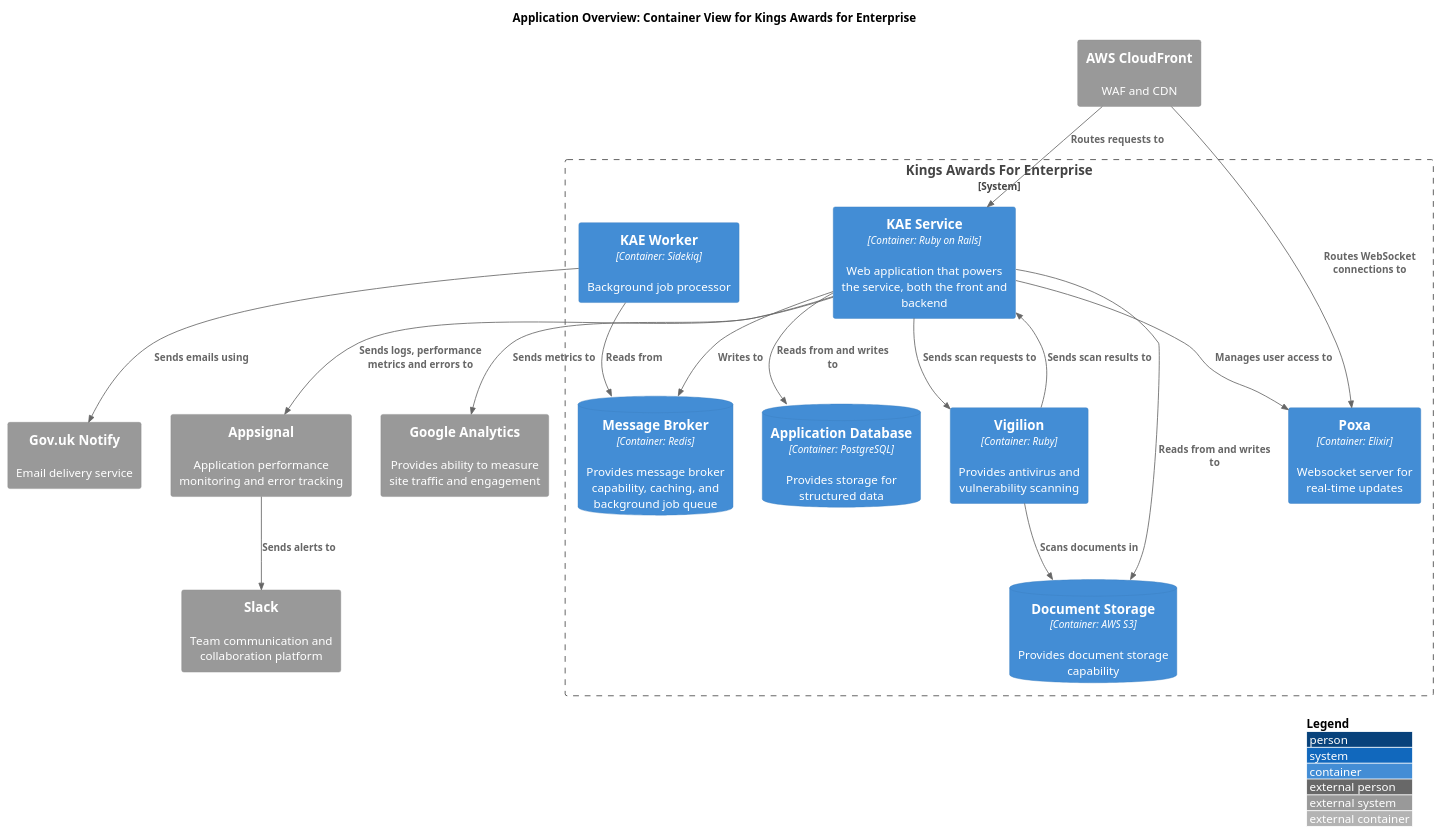
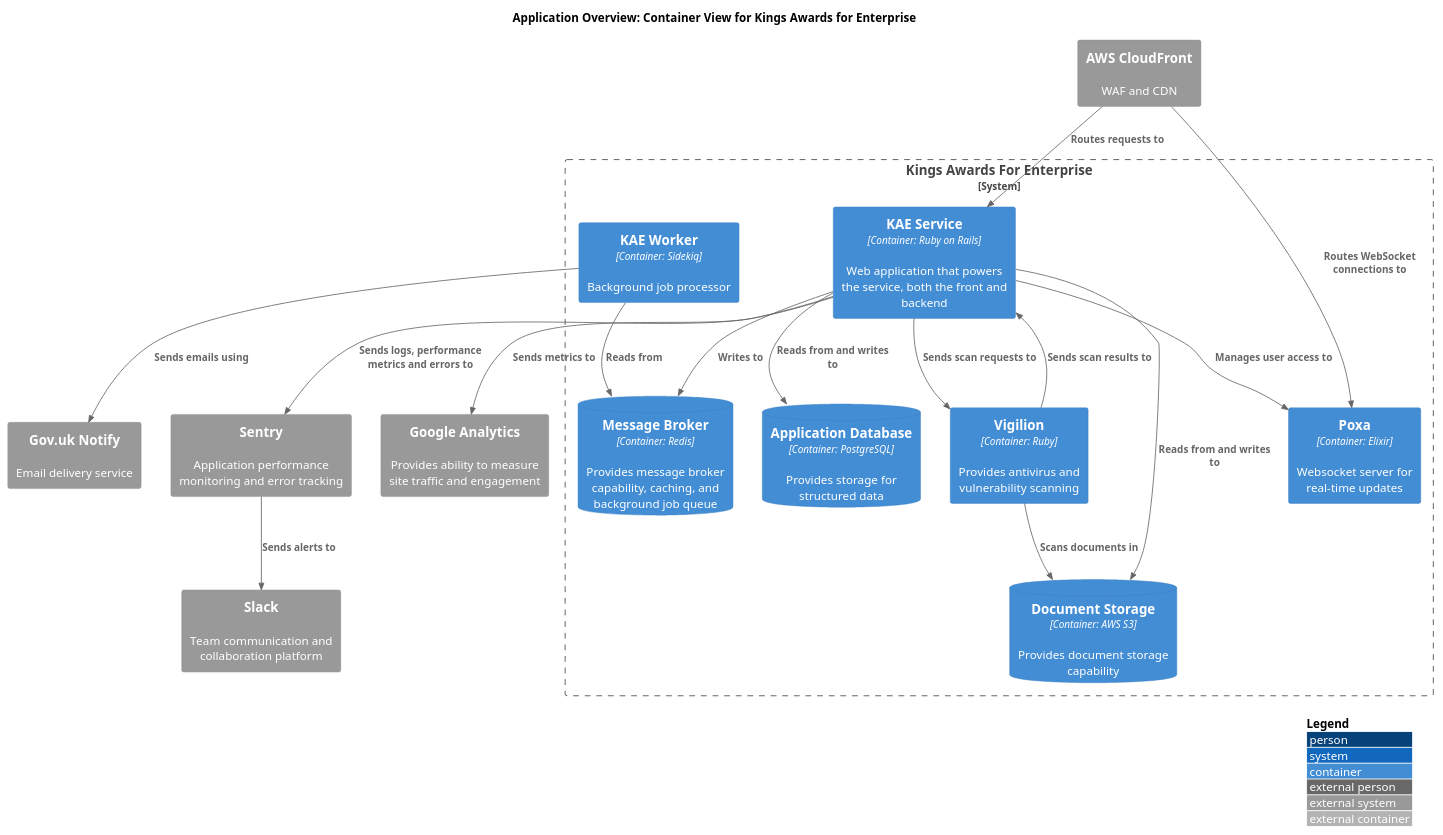
Before and after one commit to bitzesty/qae: the diagram in doc/architecture/diagrams/application_overview.puml, drawn with PlantUML. The commit also changed 9 other files, not shown here.

```diff
--- a/doc/architecture/diagrams/application_overview.puml
+++ b/doc/architecture/diagrams/application_overview.puml
@@ -1,39 +1,39 @@
 @startuml Application Overview
 !include https://raw.githubusercontent.com/plantuml-stdlib/C4-PlantUML/master/C4_Container.puml
 
 LAYOUT_WITH_LEGEND()
 
 title Application Overview: Container View for Kings Awards for Enterprise
 
 System_Boundary(kae, "Kings Awards For Enterprise") {
     Container(kae_service, "KAE Service", "Container: Ruby on Rails", "Web application that powers the service, both the front and backend")
     Container(kae_worker, "KAE Worker", "Container: Sidekiq", "Background job processor")
     Container(poxa, "Poxa", "Container: Elixir", "Websocket server for real-time updates")
     ContainerDb(message_broker, "Message Broker", "Container: Redis", "Provides message broker capability, caching, and background job queue")
     ContainerDb(application_db, "Application Database", "Container: PostgreSQL", "Provides storage for structured data")
     ContainerDb(document_storage, "Document Storage", "Container: AWS S3", "Provides document storage capability")
     Container(vigilion, "Vigilion", "Container: Ruby", "Provides antivirus and vulnerability scanning")
 }
 
 System_Ext(cloudfront, "AWS CloudFront", "WAF and CDN")
 System_Ext(google_analytics, "Google Analytics", "Provides ability to measure site traffic and engagement")
 System_Ext(gov_uk_notify, "Gov.uk Notify", "Email delivery service")
-System_Ext(appsignal, "Appsignal", "Application performance monitoring and error tracking")
+System_Ext(sentry, "Sentry", "Application performance monitoring and error tracking")
 System_Ext(slack, "Slack", "Team communication and collaboration platform")
 
 Rel(cloudfront, kae_service, "Routes requests to")
 Rel(cloudfront, poxa, "Routes WebSocket connections to")
 Rel(kae_service, google_analytics, "Sends metrics to")
 Rel(kae_worker, gov_uk_notify, "Sends emails using")
 Rel(kae_service, message_broker, "Writes to")
 Rel(kae_worker, message_broker, "Reads from")
 Rel(kae_service, application_db, "Reads from and writes to")
 Rel(kae_service, document_storage, "Reads from and writes to")
 Rel(vigilion, document_storage, "Scans documents in")
 Rel(kae_service, vigilion, "Sends scan requests to")
 Rel(vigilion, kae_service, "Sends scan results to")
 Rel(kae_service, poxa, "Manages user access to")
-Rel(kae_service, appsignal, "Sends logs, performance metrics and errors to")
-Rel(appsignal, slack, "Sends alerts to")
+Rel(kae_service, sentry, "Sends logs, performance metrics and errors to")
+Rel(sentry, slack, "Sends alerts to")
 
 @enduml
```
